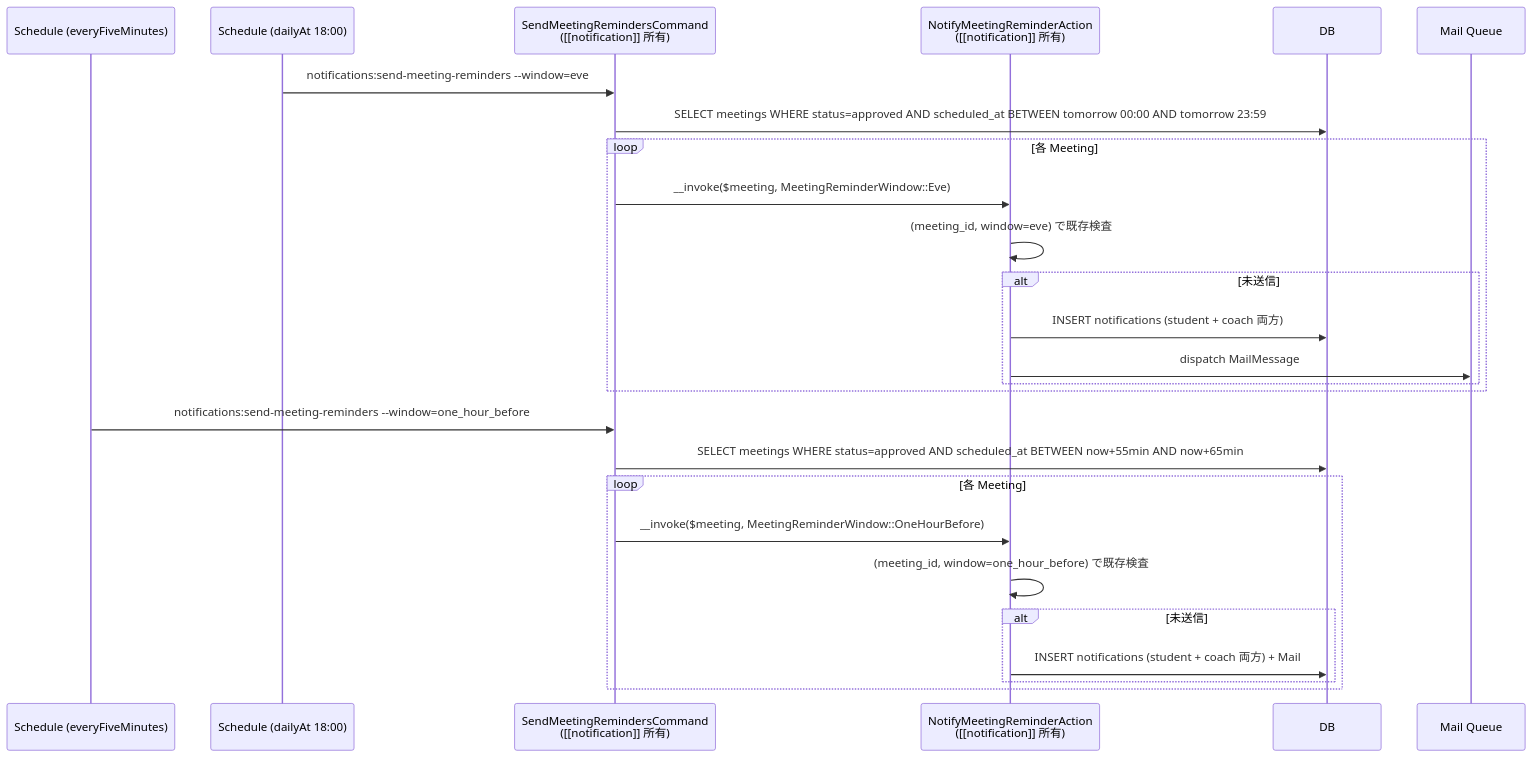
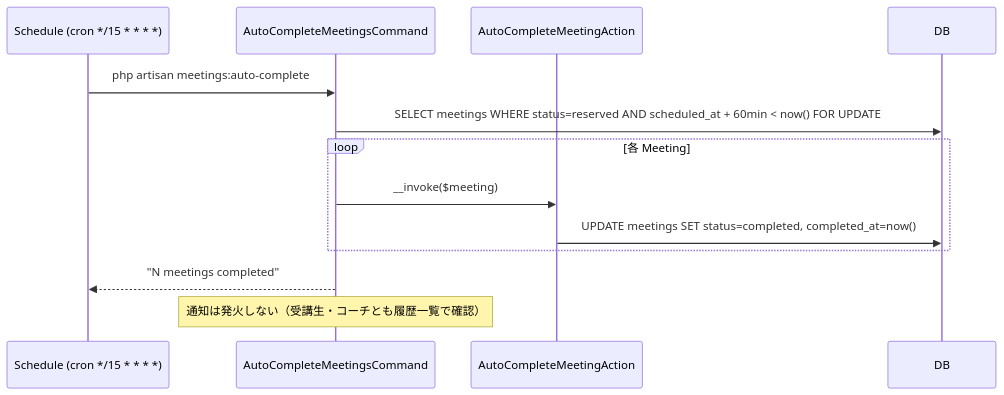
One commit to coachtech-mockcase-second/ExampleAnswer-mockcase-CertifyLMS changed the third of 5 diagrams in docs/specs/mentoring/design.md. Above: the diagram before and after it, drawn with Mermaid. The commit also changed other lines of this file and 67 other files, not shown here.

````diff
--- a/docs/specs/mentoring/design.md
+++ b/docs/specs/mentoring/design.md
@@ -88,30 +91,16 @@
 ```mermaid
 sequenceDiagram
-    participant Cron5min as Schedule (everyFiveMinutes)
-    participant Cron18 as Schedule (dailyAt 18:00)
-    participant Cmd as SendMeetingRemindersCommand<br/>([[notification]] 所有)
-    participant NR as NotifyMeetingReminderAction<br/>([[notification]] 所有)
+    participant Cron as Schedule (cron */15 * * * *)
+    participant Cmd as AutoCompleteMeetingsCommand
+    participant ACA as AutoCompleteMeetingAction
     participant DB as DB
-    participant Mail as Mail Queue
 
-    Cron18->>Cmd: notifications:send-meeting-reminders --window=eve
-    Cmd->>DB: SELECT meetings WHERE status=approved AND scheduled_at BETWEEN tomorrow 00:00 AND tomorrow 23:59
+    Cron->>Cmd: php artisan meetings:auto-complete
+    Cmd->>DB: SELECT meetings WHERE status=reserved AND scheduled_at + 60min < now() FOR UPDATE
     loop 各 Meeting
-        Cmd->>NR: __invoke($meeting, MeetingReminderWindow::Eve)
-        NR->>NR: (meeting_id, window=eve) で既存検査
-        alt 未送信
-            NR->>DB: INSERT notifications (student + coach 両方)
-            NR->>Mail: dispatch MailMessage
-        end
+        Cmd->>ACA: __invoke($meeting)
+        ACA->>DB: UPDATE meetings SET status=completed, completed_at=now()
     end
-
-    Cron5min->>Cmd: notifications:send-meeting-reminders --window=one_hour_before
-    Cmd->>DB: SELECT meetings WHERE status=approved AND scheduled_at BETWEEN now+55min AND now+65min
-    loop 各 Meeting
-        Cmd->>NR: __invoke($meeting, MeetingReminderWindow::OneHourBefore)
-        NR->>NR: (meeting_id, window=one_hour_before) で既存検査
-        alt 未送信
-            NR->>DB: INSERT notifications (student + coach 両方) + Mail
-        end
-    end
+    Cmd-->>Cron: "N meetings completed"
+    Note over Cmd: 通知は発火しない（受講生・コーチとも履歴一覧で確認）
 ```
````
